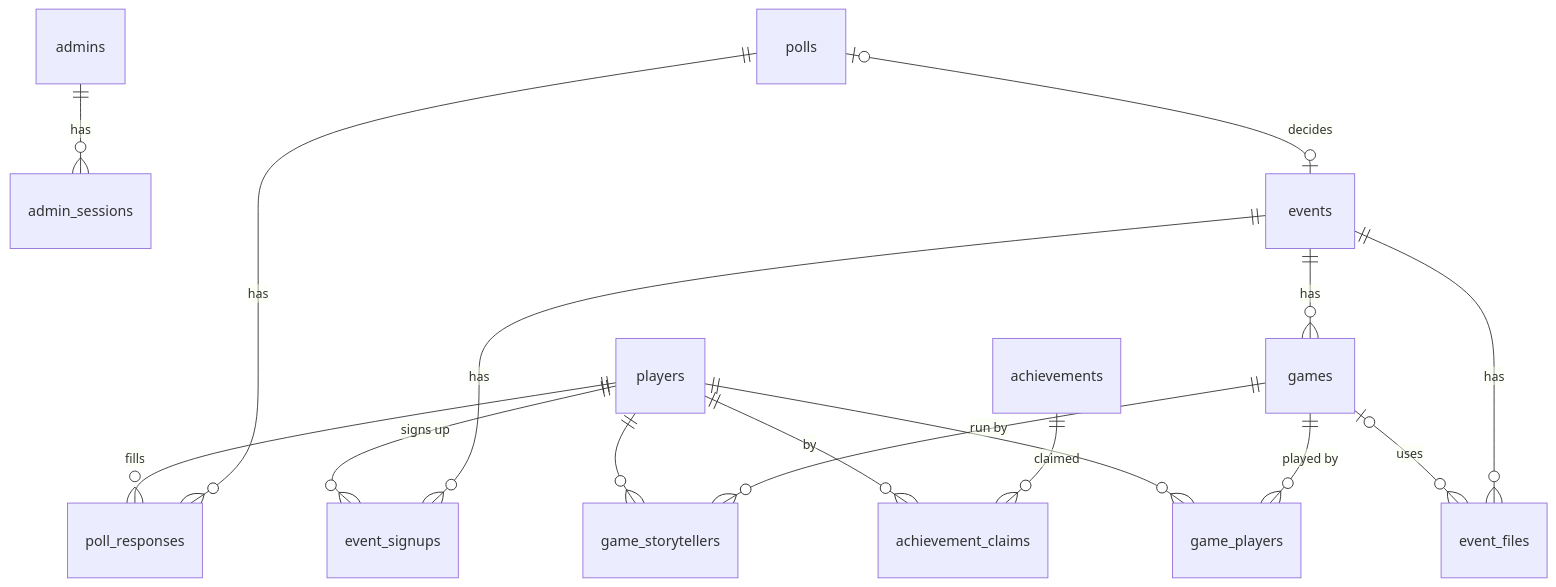
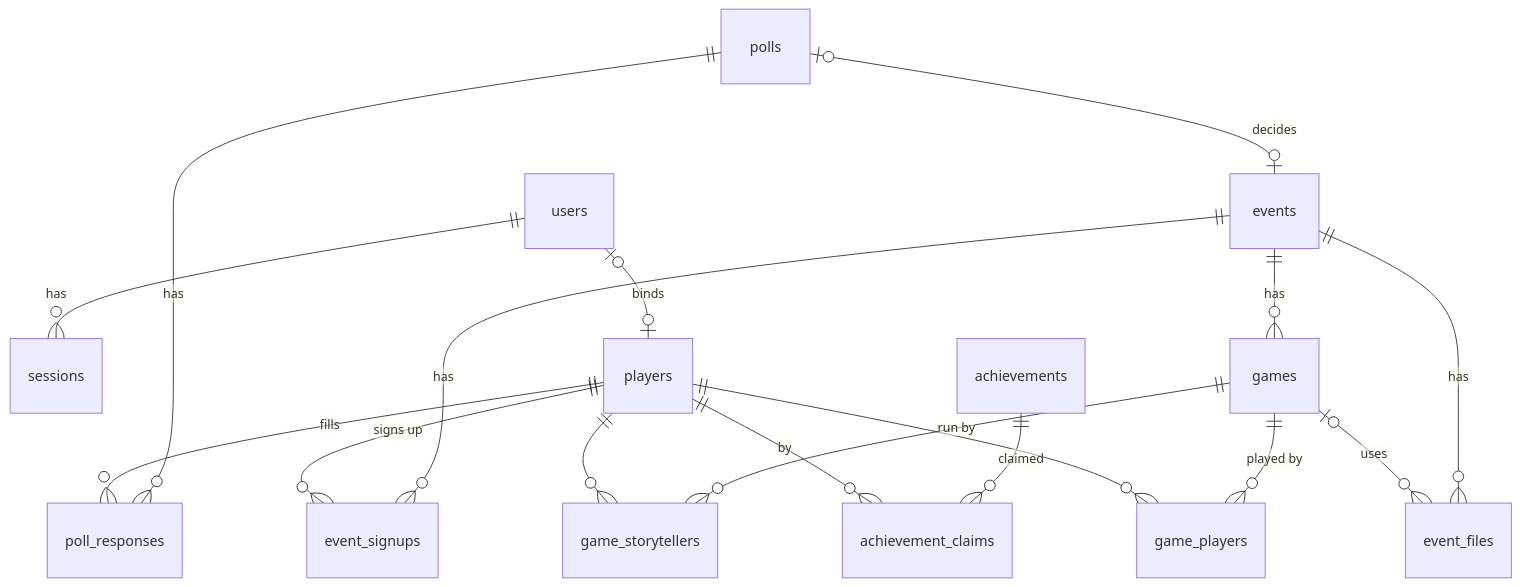
The second of 2 diagrams in docs/architecture.md (guoyumin/boc), drawn with Mermaid before and after one commit. The commit also changed other lines of this file and 50 other files, not shown here.

````diff
--- a/docs/architecture.md
+++ b/docs/architecture.md
@@ -115,18 +115,19 @@
 ```mermaid
 erDiagram
-    admins ||--o{ admin_sessions : "has"
+    users ||--o{ sessions : "has"
+    users |o--o| players : "binds"
     polls ||--o{ poll_responses : "has"
     players ||--o{ poll_responses : "fills"
     polls o|--o| events : "decides"
     events ||--o{ event_signups : "has"
     players ||--o{ event_signups : "signs up"
     events ||--o{ games : "has"
     games ||--o{ game_storytellers : "run by"
     games ||--o{ game_players : "played by"
     players ||--o{ game_storytellers : ""
     players ||--o{ game_players : ""
     events ||--o{ event_files : "has"
     games o|--o{ event_files : "uses"
     achievements ||--o{ achievement_claims : "claimed"
     players ||--o{ achievement_claims : "by"
 ```
````
